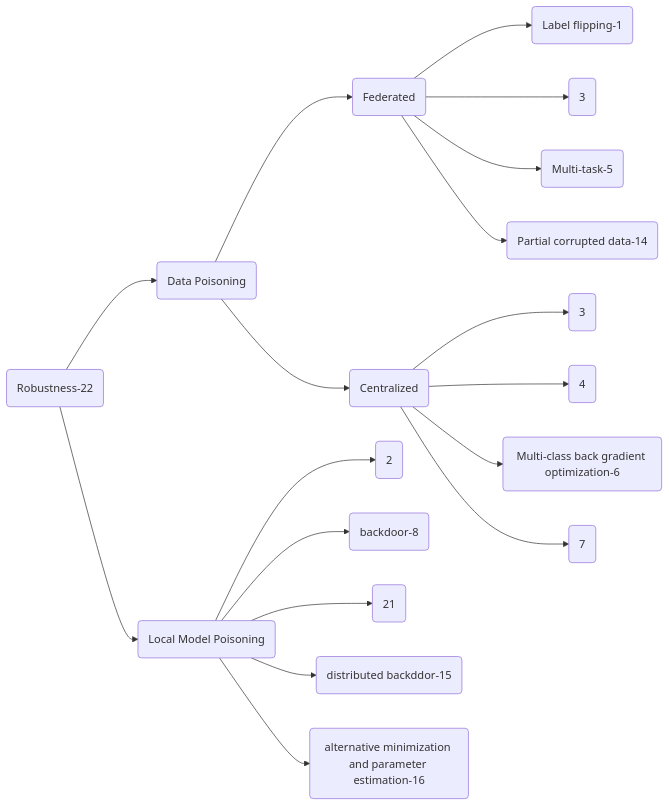
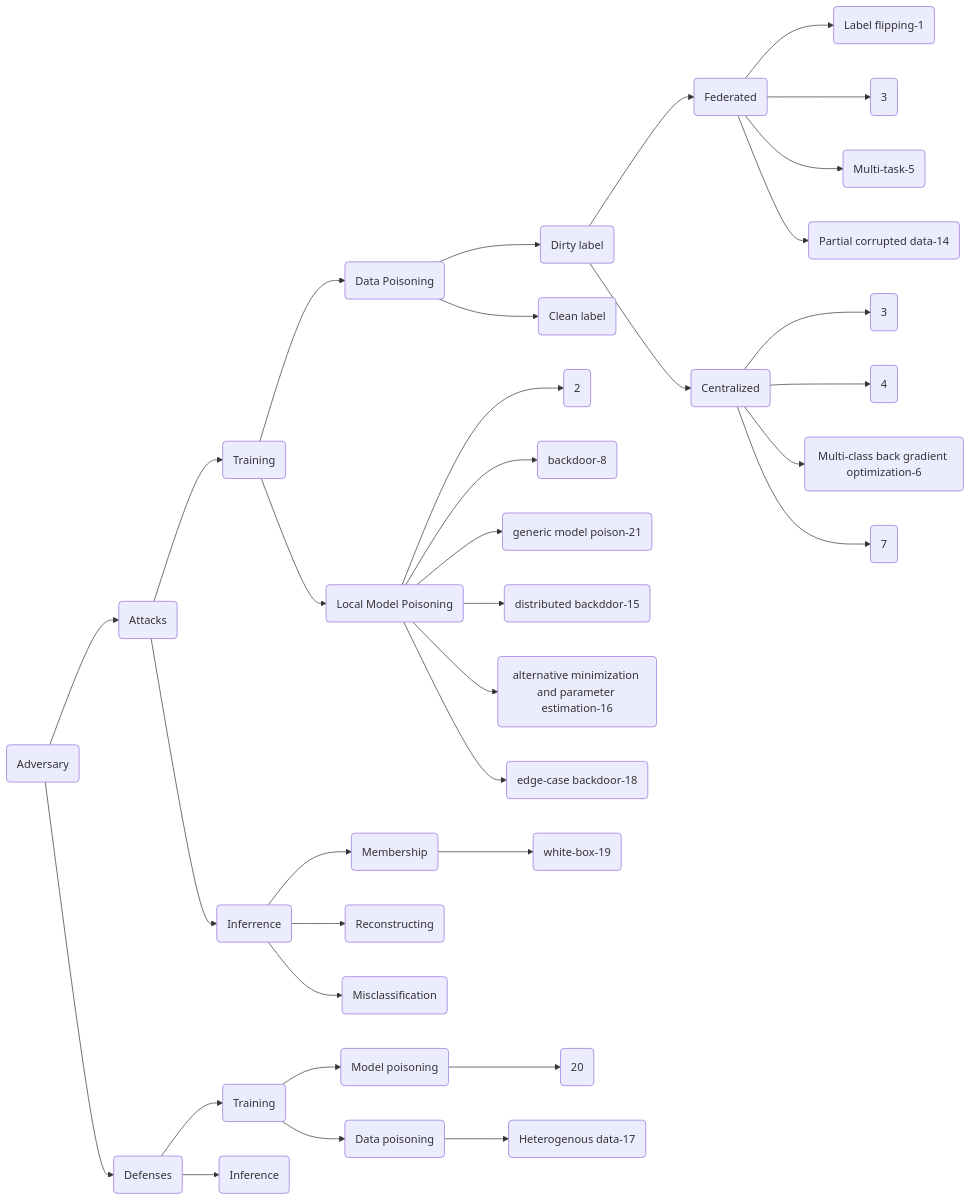
One commit to GillHuang-Xtler/flPapers changed the second of 3 diagrams in README.md. Above: the diagram before and after it, drawn with Mermaid. The commit also changed other lines of this file and 3 other files, not shown here.

````diff
--- a/README.md
+++ b/README.md
@@ -359,20 +371,37 @@
 ```mermaid
 graph LR
-A(Robustness-22)-->B1(Data Poisoning)
-A-->B2(Local Model Poisoning)
-B1-->C1(Federated)
-B1-->C2(Centralized)
+Z(Adversary)-->Z1(Attacks)
+Z-->Z2(Defenses)
+Z1-->A1(Training)
+Z1-->A2(Inferrence)
+A1-->B1(Data Poisoning)
+B1-->M1(Dirty label)
+B1-->M2(Clean label)
+A1-->B2(Local Model Poisoning)
+M1-->C1(Federated)
+M1-->C2(Centralized)
 B2-->D1(2)
 B2-->D2(backdoor-8)
-B2-->D3(21)
+B2-->D3(generic model poison-21)
 B2-->D4(distributed backddor-15)
 B2-->D5(alternative minimization and parameter estimation-16)
+B2-->D6(edge-case backdoor-18)
 C1-->G1(Label flipping-1)
 C1-->G2(3)
 C1-->G3(Multi-task-5)
 C1-->G4(Partial corrupted data-14)
 C2-->H1(3)
 C2-->H2(4)
 C2-->H3(Multi-class back gradient optimization-6)
 C2-->H4(7)
+A2-->B3(Membership)
+B3-->I1(white-box-19)
+A2-->B4(Reconstructing)
+A2-->B5(Misclassification)
+Z2-->B11(Training)
+Z2-->B12(Inference)
+B11-->C11(Model poisoning)
+B11-->C12(Data poisoning)
+C11-->D11(20)
+C12-->D12(Heterogenous data-17)
 ```
````
